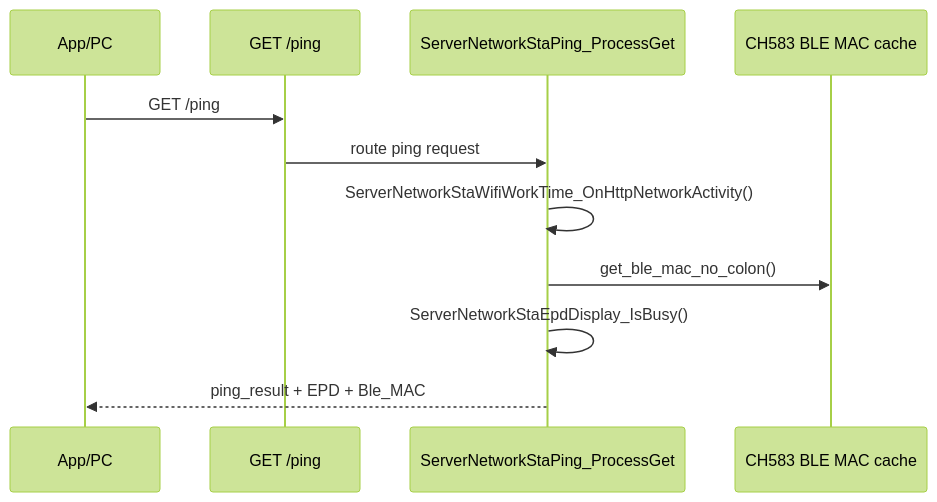
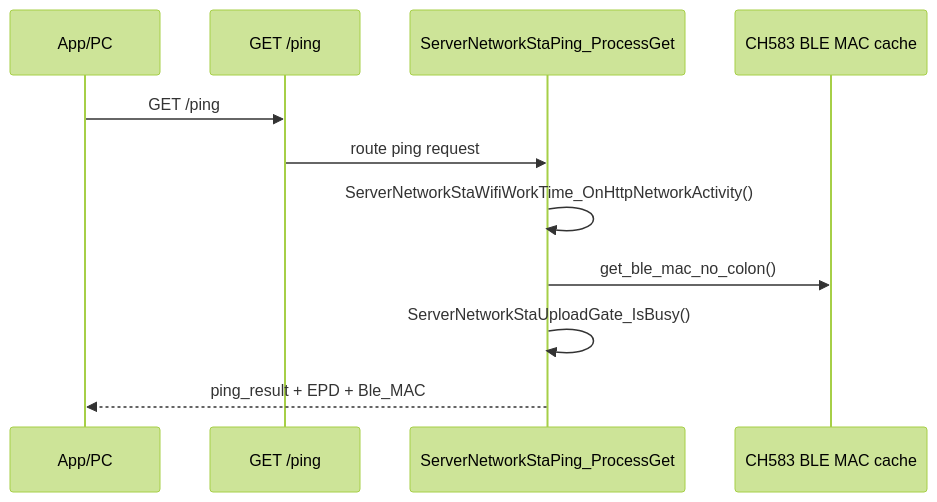
One commit to tdxguiping/ESP32_S3_epaper changed diagram 11 of 25 in README_Fun.md. Above: the diagram before and after it, drawn with Mermaid (forest theme). The commit also changed other lines of this file and 92 other files, not shown here.

````diff
--- a/README_Fun.md
+++ b/README_Fun.md
@@ -1302,13 +1330,13 @@
 ```mermaid
 sequenceDiagram
     participant APP as App/PC
     participant HTTP as GET /ping
     participant PING as ServerNetworkStaPing_ProcessGet
     participant MAC as CH583 BLE MAC cache
     APP->>HTTP: GET /ping
     HTTP->>PING: route ping request
     PING->>PING: ServerNetworkStaWifiWorkTime_OnHttpNetworkActivity()
     PING->>MAC: get_ble_mac_no_colon()
-    PING->>PING: ServerNetworkStaEpdDisplay_IsBusy()
+    PING->>PING: ServerNetworkStaUploadGate_IsBusy()
     PING-->>APP: ping_result + EPD + Ble_MAC
 ```
````
